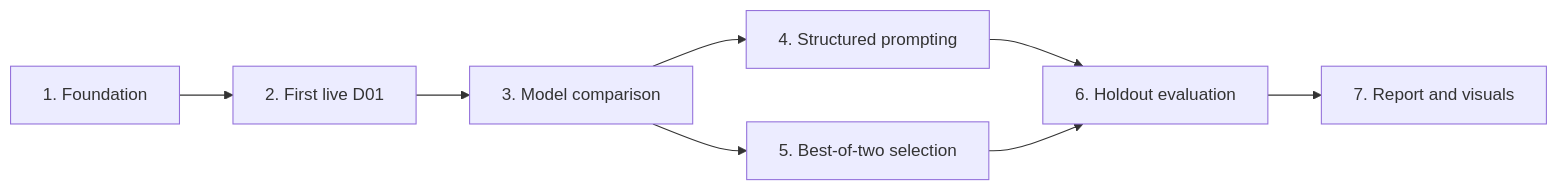
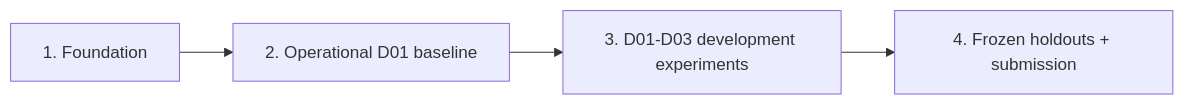
One commit to komaksym/weon-assignment changed the diagram in PLANS.md. Above: the diagram before and after it, drawn with Mermaid. The commit also changed other lines of this file and 1 other file, not shown here.

````diff
--- a/PLANS.md
+++ b/PLANS.md
@@ -5,10 +5,6 @@
 ```mermaid
 flowchart LR
-    S1[1. Foundation] --> S2[2. First live D01]
-    S2 --> S3[3. Model comparison]
-    S3 --> S4[4. Structured prompting]
-    S3 --> S5[5. Best-of-two selection]
-    S4 --> S6[6. Holdout evaluation]
-    S5 --> S6
-    S6 --> S7[7. Report and visuals]
+    S1[1. Foundation] --> S2[2. Operational D01 baseline]
+    S2 --> S3[3. D01-D03 development experiments]
+    S3 --> S4[4. Frozen holdouts + submission]
 ```
````
